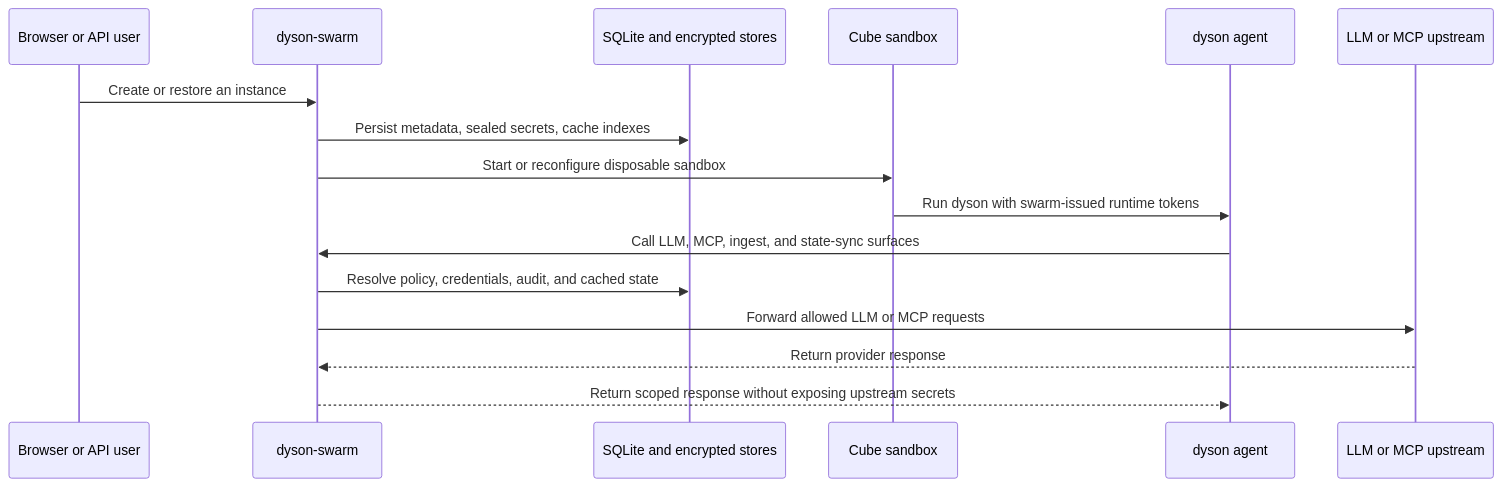
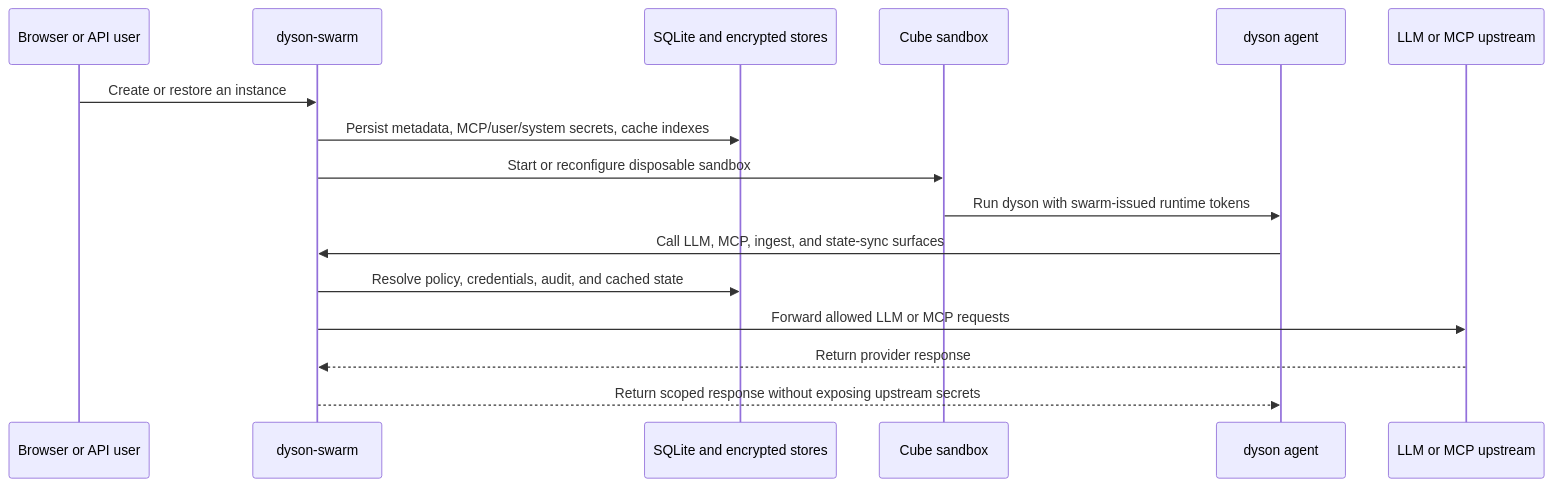
One commit to JonCooperWorks/dyson-swarm changed the second of 2 diagrams in README.md. Above: the diagram before and after it, drawn with Mermaid. The commit also changed 35 other files, not shown here.

````diff
--- a/README.md
+++ b/README.md
@@ -39,19 +39,19 @@
 ```mermaid
 sequenceDiagram
     participant User as Browser or API user
     participant Swarm as dyson-swarm
     participant Store as SQLite and encrypted stores
     participant Cube as Cube sandbox
     participant Agent as dyson agent
     participant Upstream as LLM or MCP upstream
 
     User->>Swarm: Create or restore an instance
-    Swarm->>Store: Persist metadata, sealed secrets, cache indexes
+    Swarm->>Store: Persist metadata, MCP/user/system secrets, cache indexes
     Swarm->>Cube: Start or reconfigure disposable sandbox
     Cube->>Agent: Run dyson with swarm-issued runtime tokens
     Agent->>Swarm: Call LLM, MCP, ingest, and state-sync surfaces
     Swarm->>Store: Resolve policy, credentials, audit, and cached state
     Swarm->>Upstream: Forward allowed LLM or MCP requests
     Upstream-->>Swarm: Return provider response
     Swarm-->>Agent: Return scoped response without exposing upstream secrets
 ```
````
